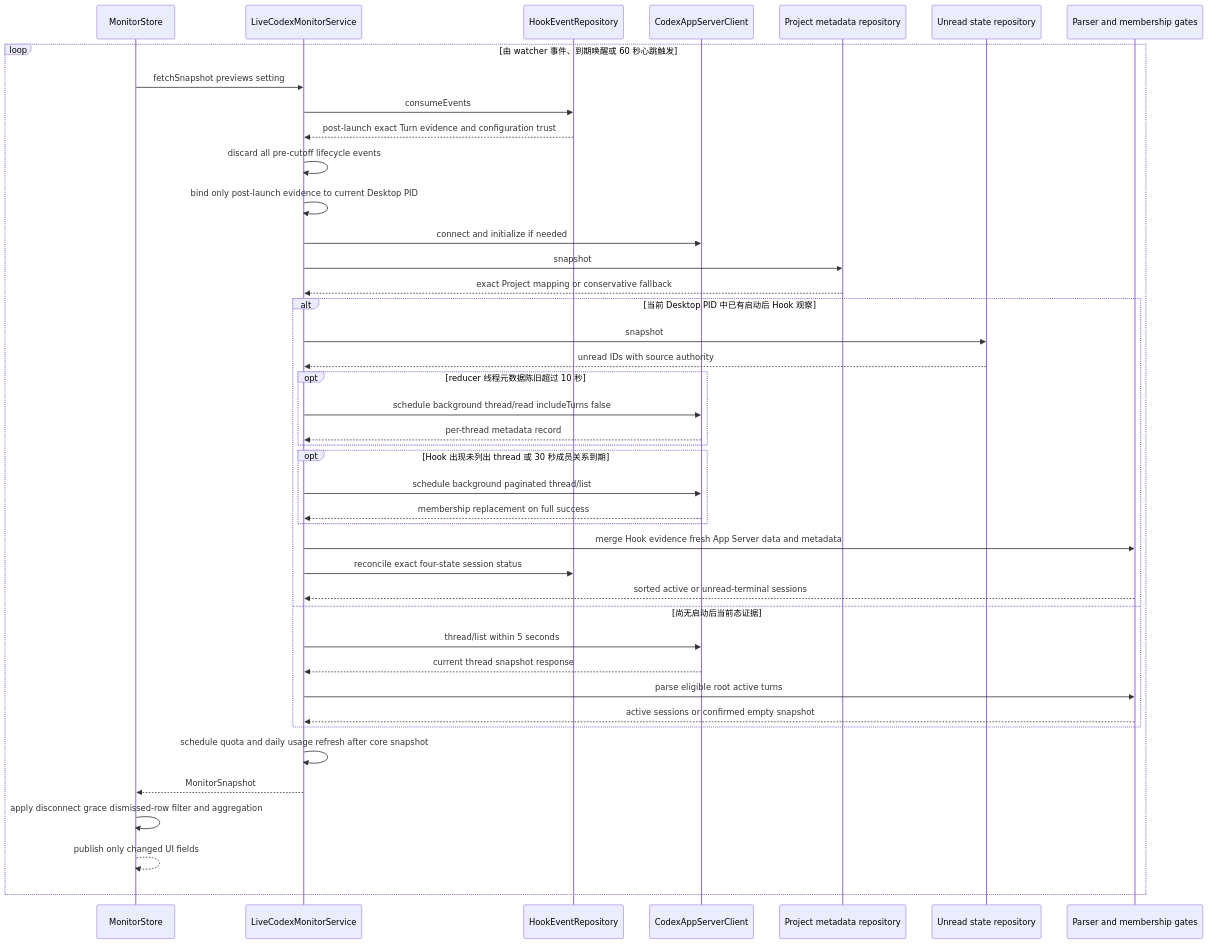
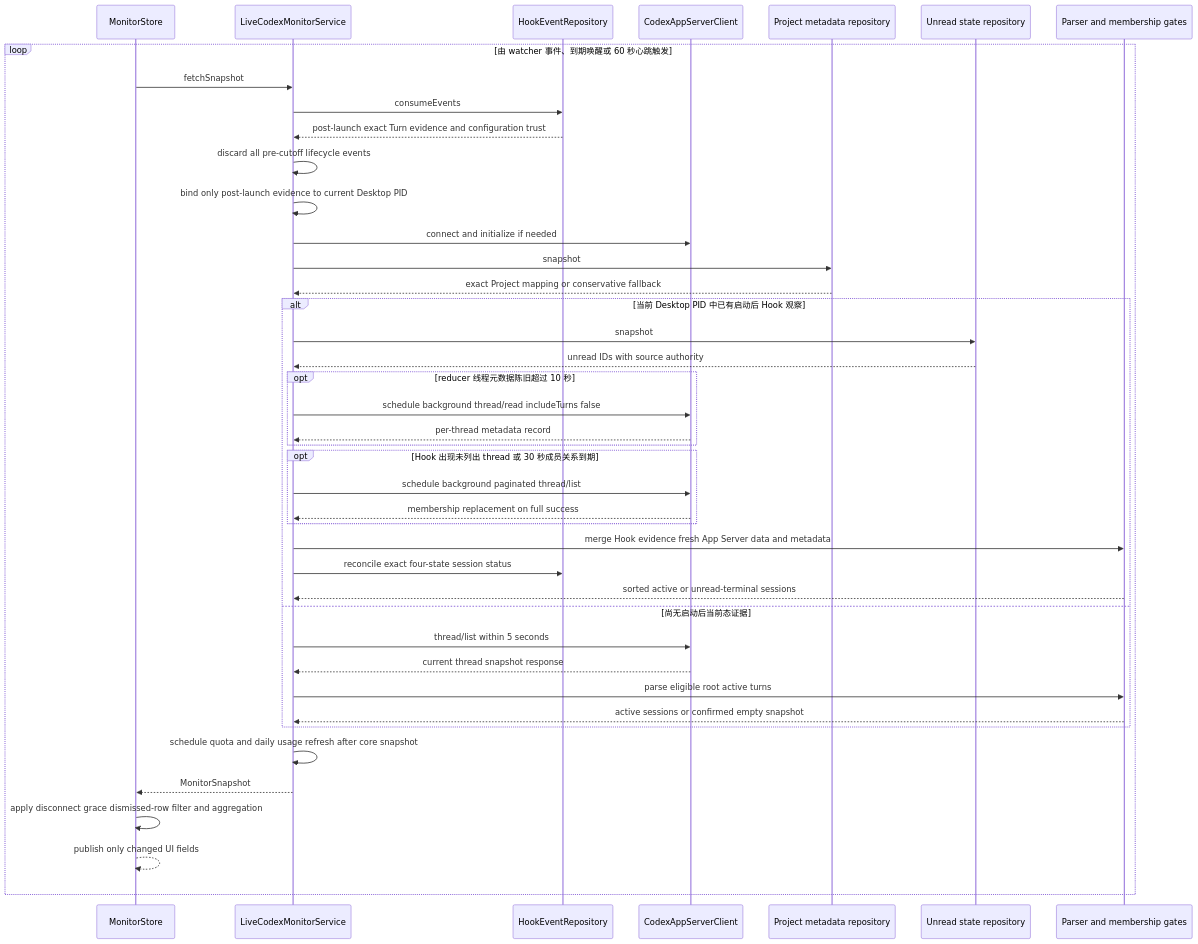
One commit to soondubu137/notchline changed the second of 6 diagrams in docs/system-architecture.md. Above: the diagram before and after it, drawn with Mermaid. The commit also changed other lines of this file and 17 other files, not shown here.

````diff
--- a/docs/system-architecture.md
+++ b/docs/system-architecture.md
@@ -147,47 +147,47 @@
 ```mermaid
 sequenceDiagram
     participant store as MonitorStore
     participant service as LiveCodexMonitorService
     participant hooks as HookEventRepository
     participant appServer as CodexAppServerClient
     participant project as Project metadata repository
     participant unread as Unread state repository
     participant reducer as Parser and membership gates
 
     loop 由 watcher 事件、到期唤醒或 60 秒心跳触发
-        store->>service: fetchSnapshot previews setting
+        store->>service: fetchSnapshot
         service->>hooks: consumeEvents
         hooks-->>service: post-launch exact Turn evidence and configuration trust
         service->>service: discard all pre-cutoff lifecycle events
         service->>service: bind only post-launch evidence to current Desktop PID
         service->>appServer: connect and initialize if needed
         service->>project: snapshot
         project-->>service: exact Project mapping or conservative fallback
 
         alt 当前 Desktop PID 中已有启动后 Hook 观察
             service->>unread: snapshot
             unread-->>service: unread IDs with source authority
             opt reducer 线程元数据陈旧超过 10 秒
                 service->>appServer: schedule background thread/read includeTurns false
                 appServer-->>service: per-thread metadata record
             end
             opt Hook 出现未列出 thread 或 30 秒成员关系到期
                 service->>appServer: schedule background paginated thread/list
                 appServer-->>service: membership replacement on full success
             end
             service->>reducer: merge Hook evidence fresh App Server data and metadata
             service->>hooks: reconcile exact four-state session status
             reducer-->>service: sorted active or unread-terminal sessions
         else 尚无启动后当前态证据
             service->>appServer: thread/list within 5 seconds
             appServer-->>service: current thread snapshot response
             service->>reducer: parse eligible root active turns
             reducer-->>service: active sessions or confirmed empty snapshot
         end
 
         service->>service: schedule quota and daily usage refresh after core snapshot
         service-->>store: MonitorSnapshot
         store->>store: apply disconnect grace dismissed-row filter and aggregation
         store-->>store: publish only changed UI fields
     end
 ```
````
